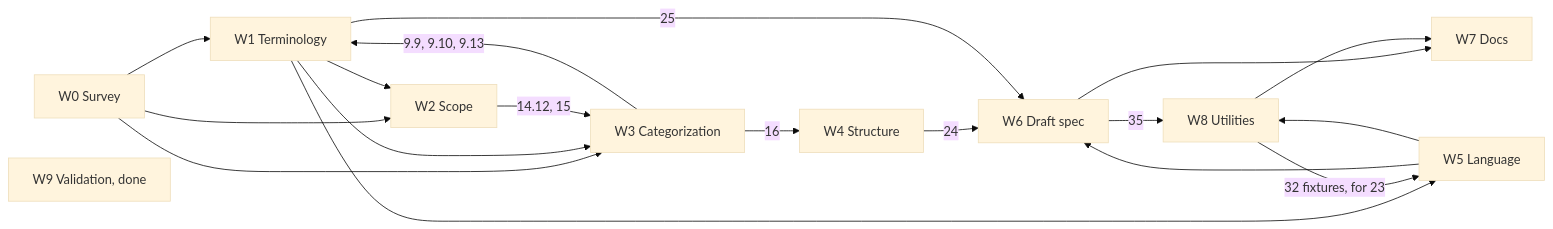
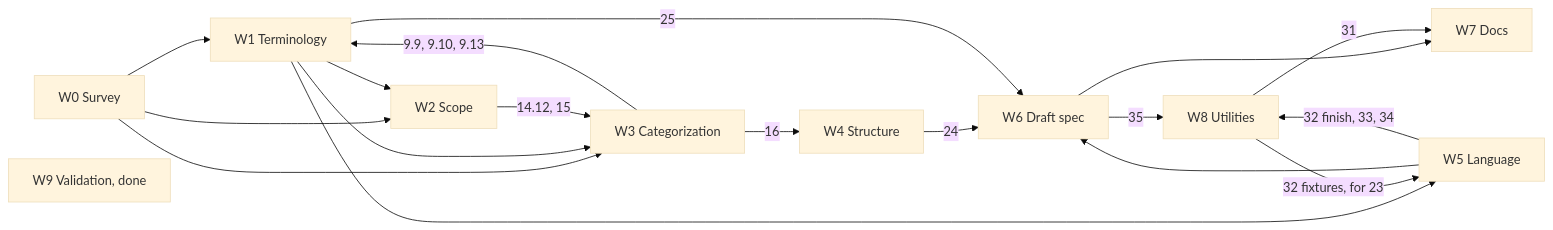
Before and after one commit to shlomoa/openui-spec: the diagram in spec/survey/specui_v1_publish_plan.md, drawn with Mermaid (base theme). The commit also changed other lines of this file, not shown here.

First line of the commit message:
Plan: close the last gaps between the graph and the execution order

````diff
--- a/spec/survey/specui_v1_publish_plan.md
+++ b/spec/survey/specui_v1_publish_plan.md
@@ -55,21 +55,21 @@
 ```mermaid
 flowchart LR
   W0[W0 Survey] --> W1[W1 Terminology]
   W0 --> W2[W2 Scope]
   W0 --> W3[W3 Categorization]
   W1 --> W2
   W1 --> W3
   W3 -- "9.9, 9.10, 9.13" --> W1
   W2 -- "14.12, 15" --> W3
   W3 -- "16" --> W4[W4 Structure]
   W1 --> W5[W5 Language]
   W8 -- "32 fixtures, for 23" --> W5
   W4 -- "24" --> W6[W6 Draft spec]
   W1 -- "25" --> W6
   W5 --> W6
   W6 --> W7[W7 Docs]
-  W5 --> W8[W8 Utilities]
+  W5 -- "32 finish, 33, 34" --> W8[W8 Utilities]
   W6 -- "35" --> W8
-  W8 --> W7
+  W8 -- "31" --> W7
   W9[W9 Validation, done]
 ```
````
